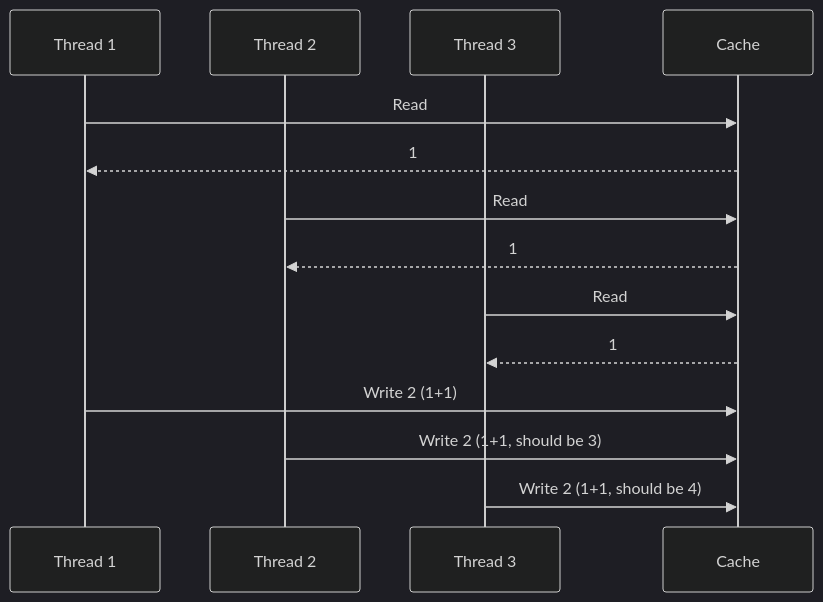
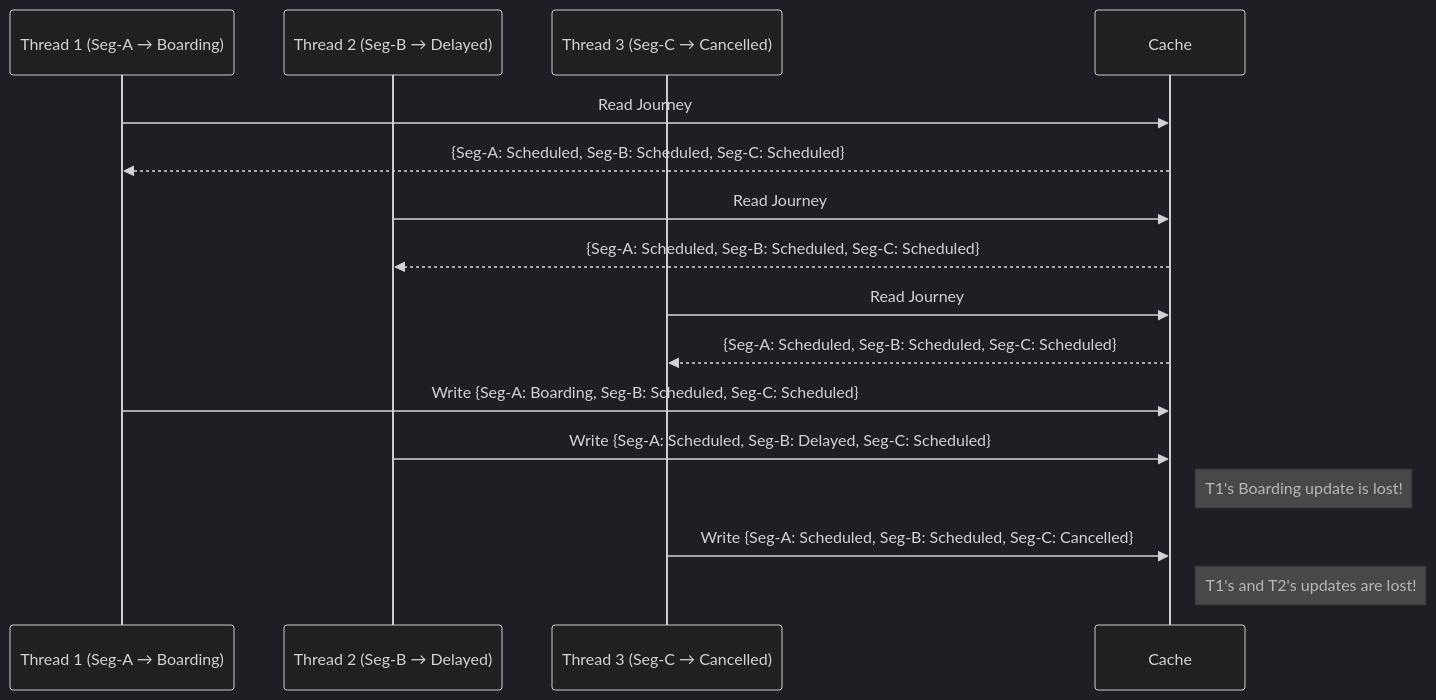
One commit to vferras/FlyrTechnicalTest changed the diagram in TECHNICAL_ANALYSIS.md. Above: the diagram before and after it, drawn with Mermaid (dark theme). The commit also changed other lines of this file, not shown here.

````diff
--- a/TECHNICAL_ANALYSIS.md
+++ b/TECHNICAL_ANALYSIS.md
@@ -19,18 +19,20 @@
 ```mermaid
 sequenceDiagram
-    participant T1 as Thread 1
-    participant T2 as Thread 2
-    participant T3 as Thread 3
+    participant T1 as Thread 1 (Seg-A → Boarding)
+    participant T2 as Thread 2 (Seg-B → Delayed)
+    participant T3 as Thread 3 (Seg-C → Cancelled)
     participant C as Cache
 
-    T1->>C: Read
-    C-->>T1: 1
-    T2->>C: Read
-    C-->>T2: 1
-    T3->>C: Read
-    C-->>T3: 1
+    T1->>C: Read Journey
+    C-->>T1: {Seg-A: Scheduled, Seg-B: Scheduled, Seg-C: Scheduled}
+    T2->>C: Read Journey
+    C-->>T2: {Seg-A: Scheduled, Seg-B: Scheduled, Seg-C: Scheduled}
+    T3->>C: Read Journey
+    C-->>T3: {Seg-A: Scheduled, Seg-B: Scheduled, Seg-C: Scheduled}
 
-    T1->>C: Write 2 (1+1)
-    T2->>C: Write 2 (1+1, should be 3)
-    T3->>C: Write 2 (1+1, should be 4)
+    T1->>C: Write {Seg-A: Boarding, Seg-B: Scheduled, Seg-C: Scheduled}
+    T2->>C: Write {Seg-A: Scheduled, Seg-B: Delayed, Seg-C: Scheduled}
+    Note right of C: T1's Boarding update is lost!
+    T3->>C: Write {Seg-A: Scheduled, Seg-B: Scheduled, Seg-C: Cancelled}
+    Note right of C: T1's and T2's updates are lost!
 ```
````
